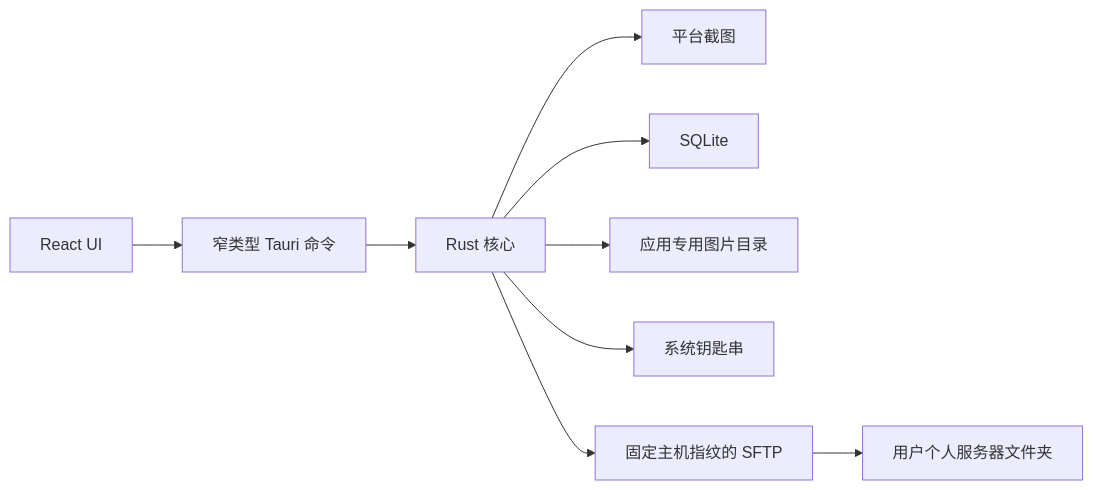
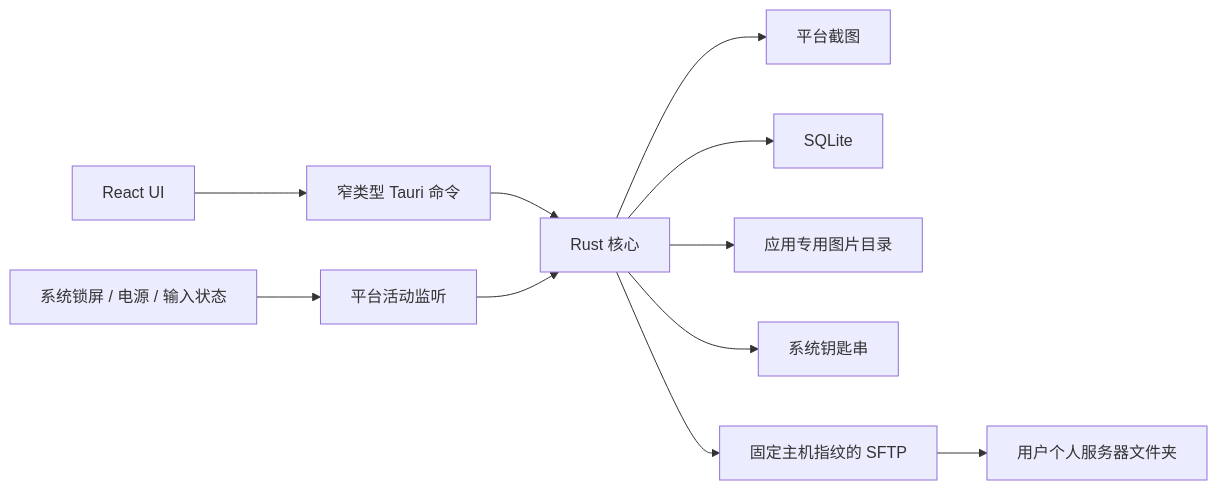
Before and after one commit to AlieZVzz/electronic-journey: the diagram in docs/architecture.md, drawn with Mermaid. The commit also changed other lines of this file and 95 other files, not shown here.

````diff
--- a/docs/architecture.md
+++ b/docs/architecture.md
@@ -5,11 +5,13 @@
 ```mermaid
 flowchart LR
     UI["React UI"] --> CMD["窄类型 Tauri 命令"]
     CMD --> CORE["Rust 核心"]
+    OS["系统锁屏 / 电源 / 输入状态"] --> MON["平台活动监听"]
+    MON --> CORE
     CORE --> CAP["平台截图"]
     CORE --> DB["SQLite"]
     CORE --> FS["应用专用图片目录"]
     CORE --> KEY["系统钥匙串"]
     CORE --> SSH["固定主机指纹的 SFTP"]
     SSH --> OWNED["用户个人服务器文件夹"]
 ```
````
